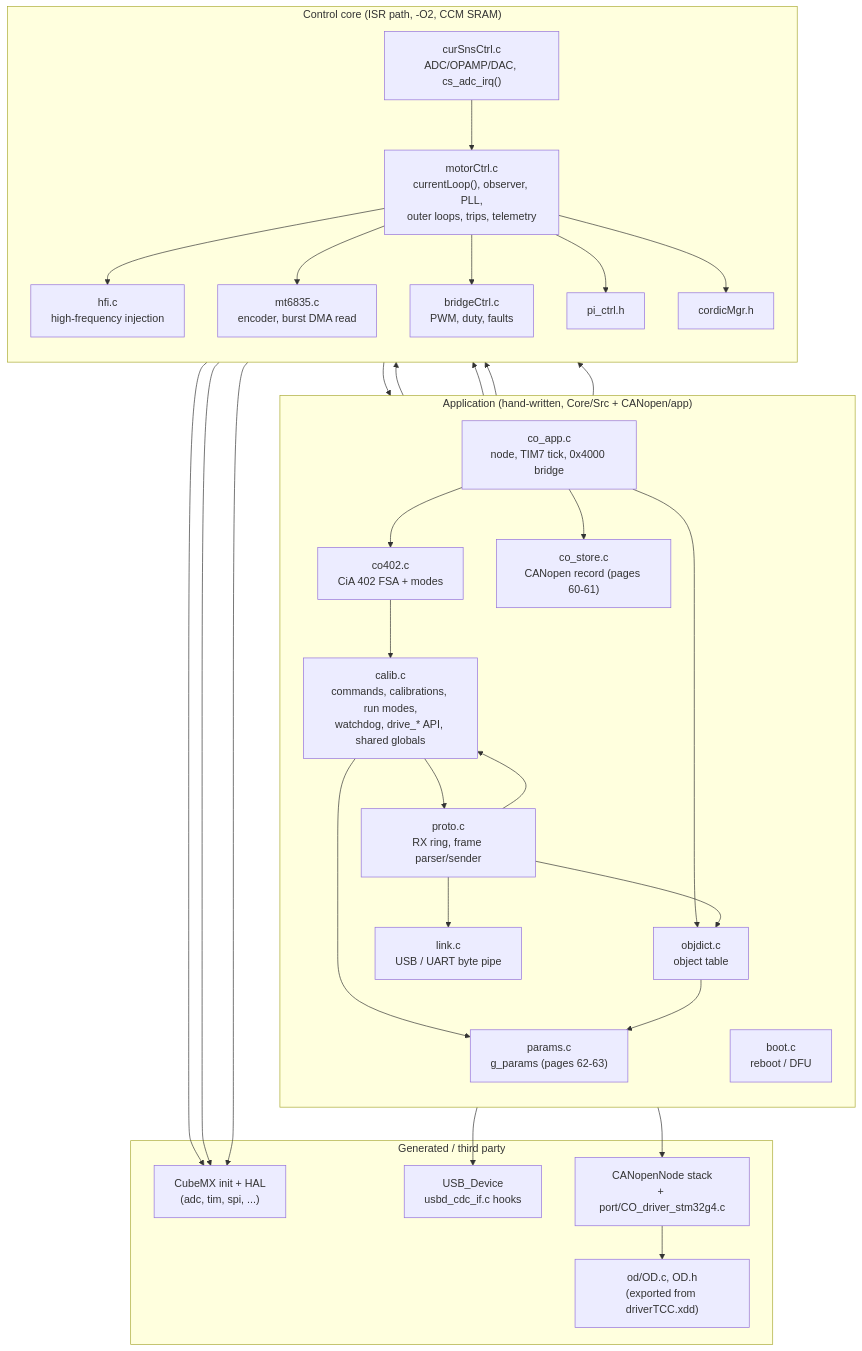
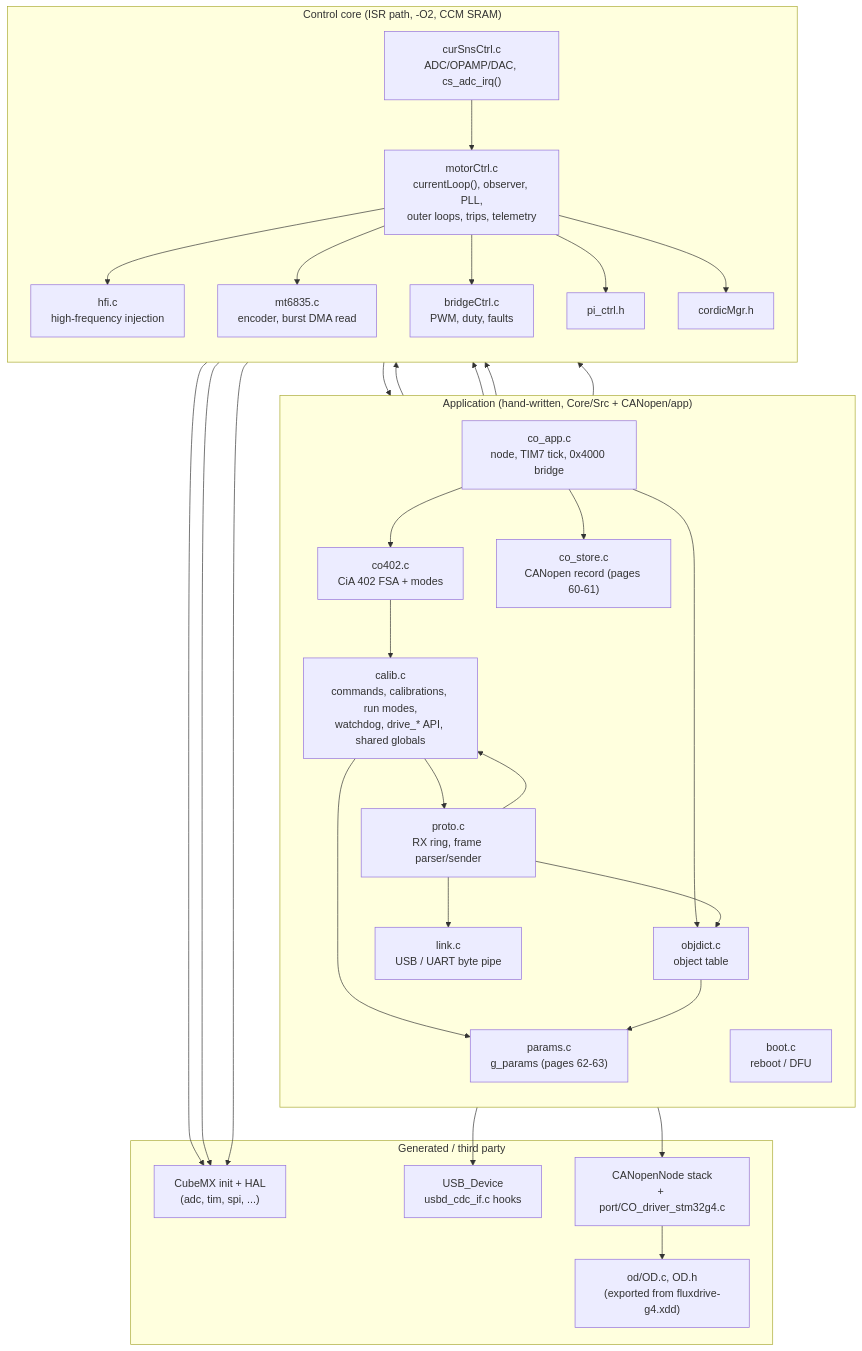
One commit to alanhpereira/fluxdrive-g4 changed the second of 15 diagrams in docs/software-structure.md. Above: the diagram before and after it, drawn with Mermaid. The commit also changed other lines of this file and 28 other files, not shown here.

````diff
--- a/docs/software-structure.md
+++ b/docs/software-structure.md
@@ -74,61 +74,61 @@
 ```mermaid
 flowchart TB
     subgraph APP["Application (hand-written, Core/Src + CANopen/app)"]
         direction TB
         CALIB["calib.c<br/>commands, calibrations, run modes,<br/>watchdog, drive_* API, shared globals"]
         CO402["co402.c<br/>CiA 402 FSA + modes"]
         COAPP["co_app.c<br/>node, TIM7 tick, 0x4000 bridge"]
         COST["co_store.c<br/>CANopen record (pages 60-61)"]
         OBJ["objdict.c<br/>object table"]
         PAR["params.c<br/>g_params (pages 62-63)"]
         PROTO["proto.c<br/>RX ring, frame parser/sender"]
         LNK["link.c<br/>USB / UART byte pipe"]
         BOOT["boot.c<br/>reboot / DFU"]
     end
 
     subgraph CORE["Control core (ISR path, -O2, CCM SRAM)"]
         direction TB
         MC["motorCtrl.c<br/>currentLoop(), observer, PLL,<br/>outer loops, trips, telemetry"]
         HFI["hfi.c<br/>high-frequency injection"]
         CSN["curSnsCtrl.c<br/>ADC/OPAMP/DAC, cs_adc_irq()"]
         MT["mt6835.c<br/>encoder, burst DMA read"]
         BRG["bridgeCtrl.c<br/>PWM, duty, faults"]
         PI["pi_ctrl.h"]
         CRD["cordicMgr.h"]
     end
 
     subgraph LIB["Generated / third party"]
         HAL["CubeMX init + HAL<br/>(adc, tim, spi, ...)"]
         USB["USB_Device<br/>usbd_cdc_if.c hooks"]
         CON["CANopenNode stack<br/>+ port/CO_driver_stm32g4.c"]
-        OD["od/OD.c, OD.h<br/>(exported from driverTCC.xdd)"]
+        OD["od/OD.c, OD.h<br/>(exported from fluxdrive-g4.xdd)"]
     end
 
     CALIB --> MC
     CALIB --> HFI
     CALIB --> PAR
     CALIB --> PROTO
     CALIB --> BRG
     CALIB --> MT
     CO402 --> CALIB
     COAPP --> CO402
     COAPP --> OBJ
     COAPP --> COST
     COAPP --> CON
     CON --> OD
     PROTO --> OBJ
     PROTO --> CALIB
     PROTO --> LNK
     LNK --> USB
     OBJ --> PAR
     CSN --> MC
     MC --> HFI
     MC --> MT
     MC --> BRG
     MC --> PI
     MC --> CRD
     MC --> LNK
     BRG --> HAL
     CSN --> HAL
     MT --> HAL
 ```
````
